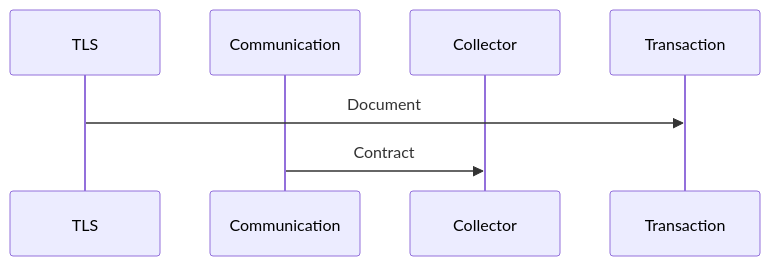
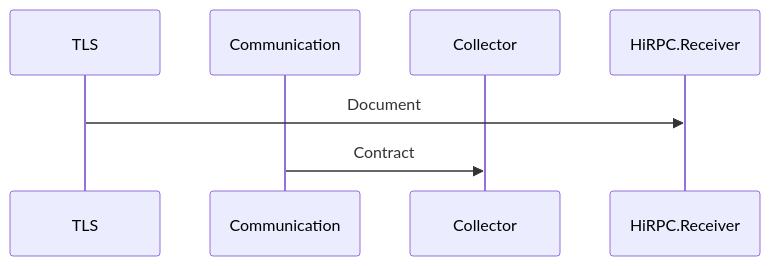
Before and after one commit to tagion/tagion: the diagram in documents/architecture/Communication.md, drawn with Mermaid. The commit also changed other lines of this file, not shown here.

````diff
--- a/documents/architecture/Communication.md
+++ b/documents/architecture/Communication.md
@@ -26,8 +26,8 @@
 ```mermaid
 sequenceDiagram
     participant TLS
     participant Communication
     participant Collector
-    TLS->>Transaction: Document
+    TLS->>HiRPC.Receiver: Document
     Communication->>Collector: Contract
 ```
````
